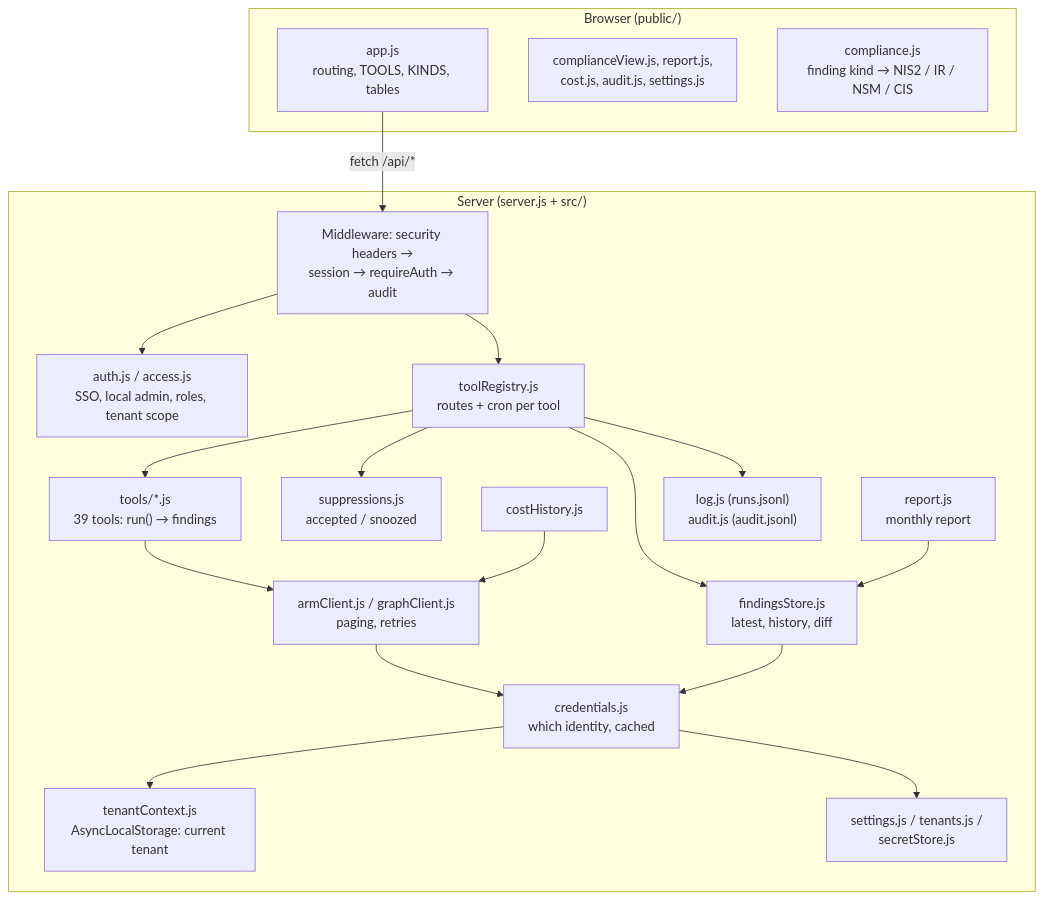
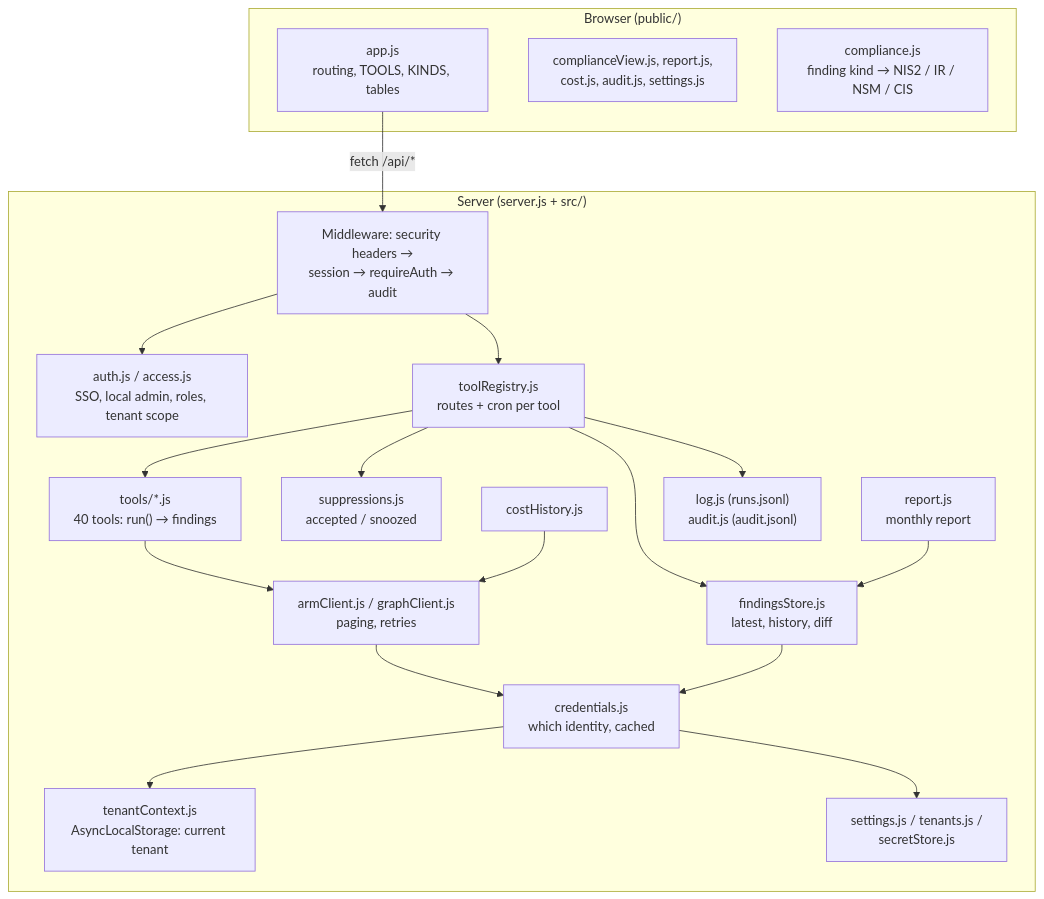
One commit to Gooseankles/cirrus-watch changed the diagram in docs/diagrams/arch-inside-app.mmd. Above: the diagram before and after it, drawn with Mermaid. The commit also changed 27 other files, not shown here.

```diff
--- a/docs/diagrams/arch-inside-app.mmd
+++ b/docs/diagrams/arch-inside-app.mmd
@@ -1,35 +1,35 @@
 flowchart TB
   subgraph browser["Browser (public/)"]
     appjs["app.js<br/>routing, TOOLS, KINDS, tables"]
     views["complianceView.js, report.js,<br/>cost.js, audit.js, settings.js"]
     comp["compliance.js<br/>finding kind → NIS2 / IR / NSM / CIS"]
   end
   subgraph server["Server (server.js + src/)"]
     mw["Middleware: security headers →<br/>session → requireAuth → audit"]
     auth["auth.js / access.js<br/>SSO, local admin, roles, tenant scope"]
     reg["toolRegistry.js<br/>routes + cron per tool"]
-    tools["tools/*.js<br/>39 tools: run() → findings"]
+    tools["tools/*.js<br/>40 tools: run() → findings"]
     clients["armClient.js / graphClient.js<br/>paging, retries"]
     cred["credentials.js<br/>which identity, cached"]
     ctx["tenantContext.js<br/>AsyncLocalStorage: current tenant"]
     store["findingsStore.js<br/>latest, history, diff"]
     supp["suppressions.js<br/>accepted / snoozed"]
     cost["costHistory.js"]
     rep["report.js<br/>monthly report"]
     cfg["settings.js / tenants.js /<br/>secretStore.js"]
     logs["log.js (runs.jsonl)<br/>audit.js (audit.jsonl)"]
   end
   appjs -- "fetch /api/*" --> mw
   mw --> auth
   mw --> reg
   reg --> tools
   tools --> clients
   clients --> cred
   cred --> ctx
   cred --> cfg
   reg --> store
   reg --> supp
   reg --> logs
   rep --> store
   cost --> clients
   store --> cred
```
